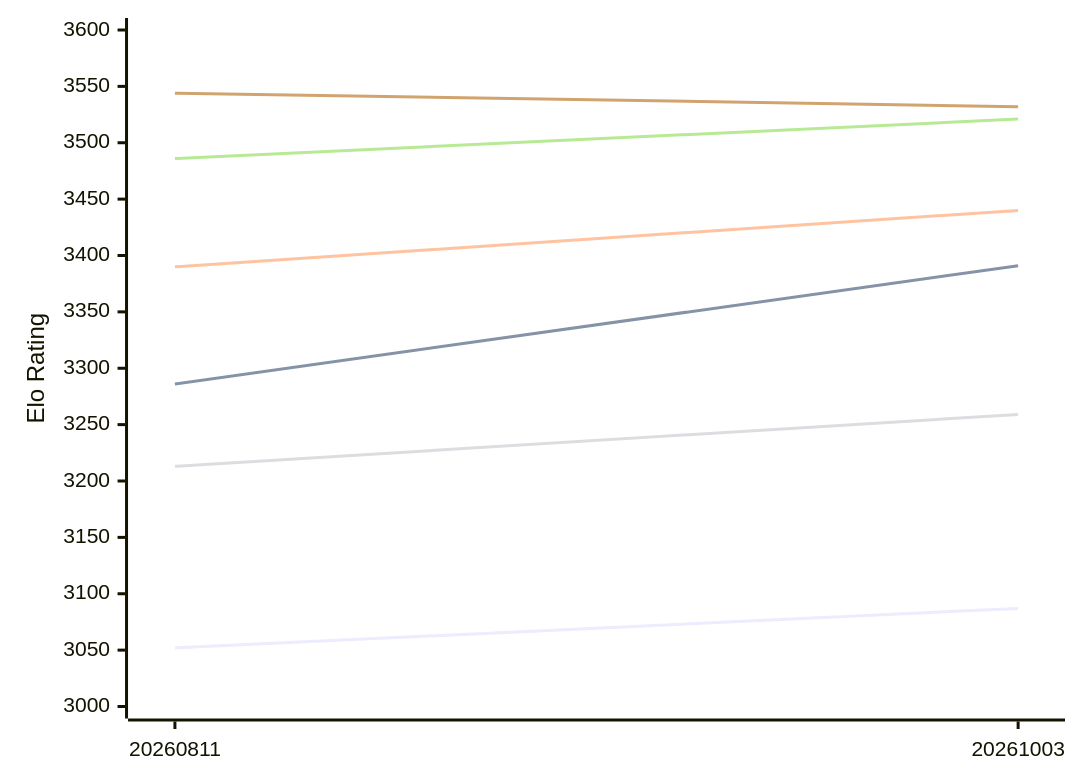
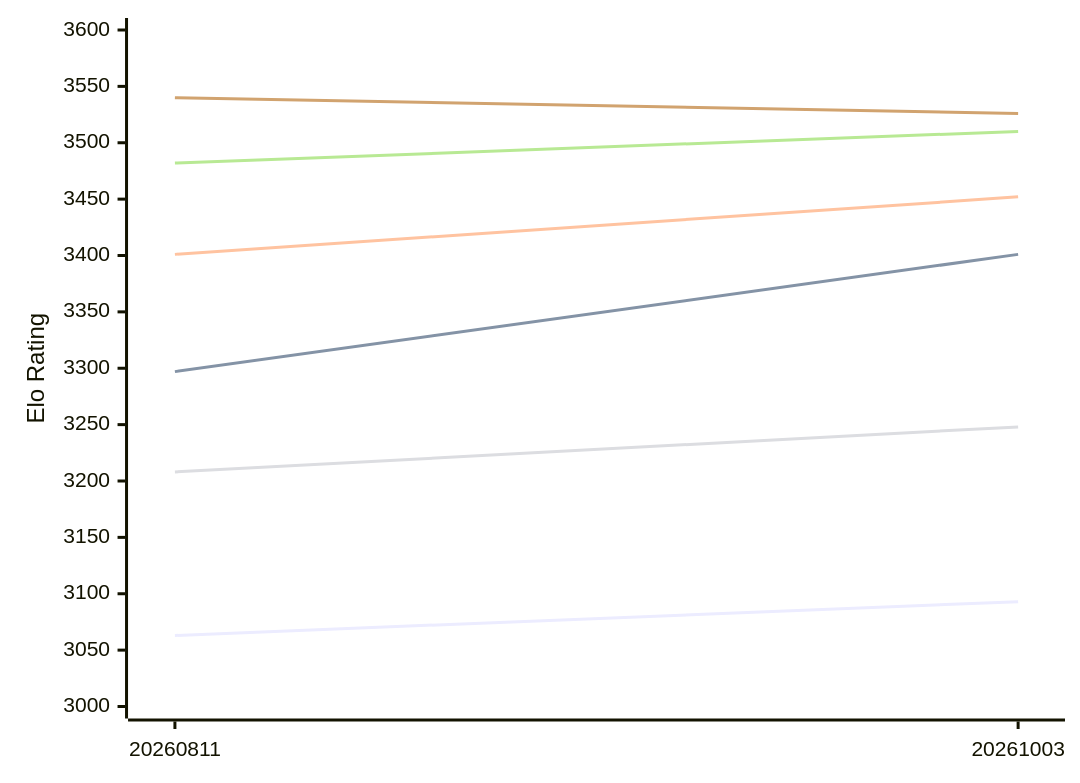
The first of 2 diagrams in engines/Askaig.md (computer-chess-index/cci), drawn with Mermaid before and after one commit. The commit also changed other lines of this file, not shown here.

Commit message:
Update CCI Ratings (ELO VLTC) - 2026-11-06

````diff
--- a/engines/Askaig.md
+++ b/engines/Askaig.md
@@ -52,12 +52,12 @@
 ```mermaid
 %%{init: {"theme":"base","themeVariables":{"seriesColors:['#a3a3a3','#222221','#faa371']}}}%%
 xychart-beta
   x-axis ["20260811", "20261003"]
   y-axis "Elo Rating" 3000 --> 3600
-  line "E1: STC (8.0+0.08s)" [3052, 3087]
-  line "E1: LTC (60.0+0.60s)" [3286, 3391]
-  line "E1: VLTC (2m24s+1.12s)" [3390, 3440]
-  line "P1: STC (8.0+0.08s)" [3213, 3259]
-  line "P1: LTC (60.0+0.60s)" [3486, 3521]
-  line "P1: VLTC (2m24s+1.12s)" [3544, 3532]
+  line "E1: STC (8.0+0.08s)" [3063, 3093]
+  line "E1: LTC (60.0+0.60s)" [3297, 3401]
+  line "E1: VLTC (2m24s+1.12s)" [3401, 3452]
+  line "P1: STC (8.0+0.08s)" [3208, 3248]
+  line "P1: LTC (60.0+0.60s)" [3482, 3510]
+  line "P1: VLTC (2m24s+1.12s)" [3540, 3526]
 ```
````
